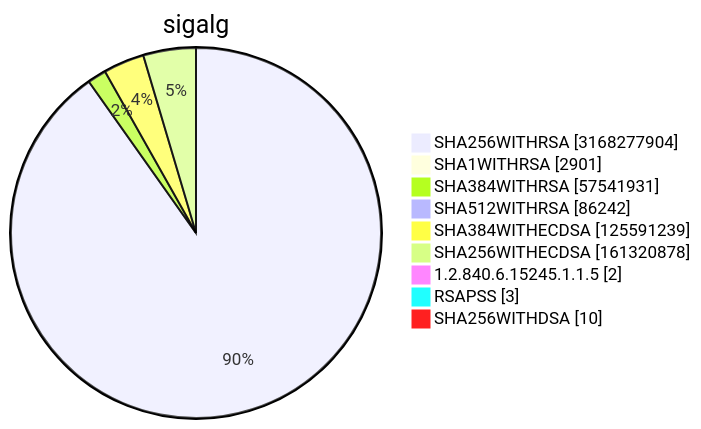
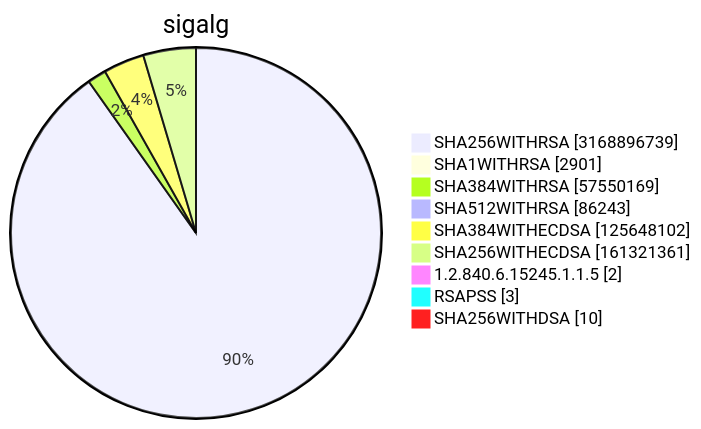
Diagram 15 of 15 in TOTAL/README.md (christiankrug/ctmonitor_visualization), drawn with Mermaid before and after one commit. The commit also changed other lines of this file, not shown here.

````diff
--- a/TOTAL/README.md
+++ b/TOTAL/README.md
@@ -6215,13 +6215,13 @@
 ```mermaid
 pie showData
 title sigalg
-"SHA256WITHRSA" :3168277904
+"SHA256WITHRSA" :3168896739
 "SHA1WITHRSA" :2901
-"SHA384WITHRSA" :57541931
-"SHA512WITHRSA" :86242
-"SHA384WITHECDSA" :125591239
-"SHA256WITHECDSA" :161320878
+"SHA384WITHRSA" :57550169
+"SHA512WITHRSA" :86243
+"SHA384WITHECDSA" :125648102
+"SHA256WITHECDSA" :161321361
 "1.2.840.6.15245.1.1.5" :2
 "RSAPSS" :3
 "SHA256WITHDSA" :10
 ```
````
